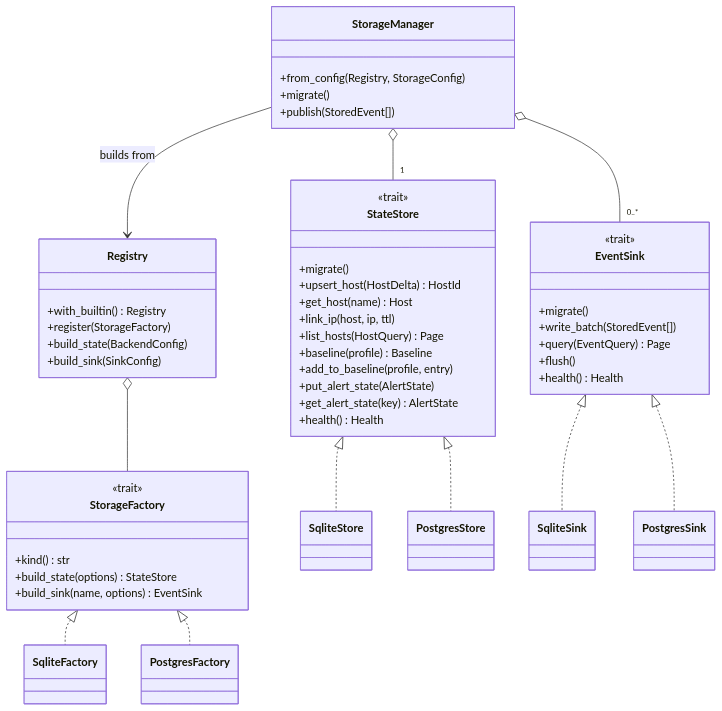
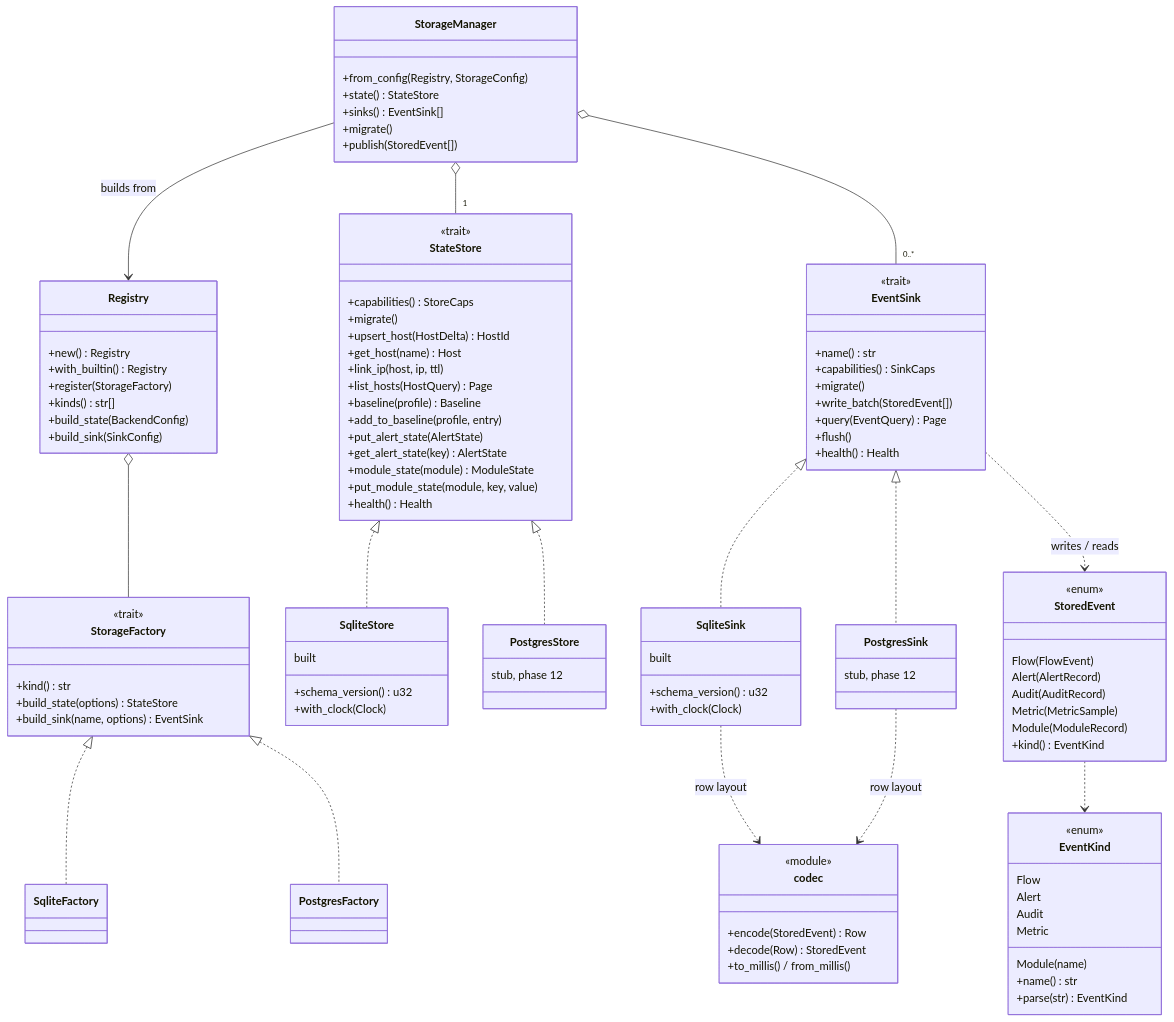
One commit to savex/scribe changed the fourth of 8 diagrams in workfiles/diagram.md. Above: the diagram before and after it, drawn with Mermaid. The commit also changed other lines of this file and 3 other files, not shown here.

First line of the commit message:
Update diagrams and test approach after phase 1

````diff
--- a/workfiles/diagram.md
+++ b/workfiles/diagram.md
@@ -124,6 +163,7 @@
     }
     class StateStore {
         <<trait>>
+        +capabilities() StoreCaps
         +migrate()
         +upsert_host(HostDelta) HostId
         +get_host(name) Host
@@ -133,26 +173,75 @@
         +add_to_baseline(profile, entry)
         +put_alert_state(AlertState)
         +get_alert_state(key) AlertState
+        +module_state(module) ModuleState
+        +put_module_state(module, key, value)
         +health() Health
     }
     class EventSink {
         <<trait>>
+        +name() str
+        +capabilities() SinkCaps
         +migrate()
         +write_batch(StoredEvent[])
         +query(EventQuery) Page
         +flush()
         +health() Health
     }
+    class StoredEvent {
+        <<enum>>
+        Flow(FlowEvent)
+        Alert(AlertRecord)
+        Audit(AuditRecord)
+        Metric(MetricSample)
+        Module(ModuleRecord)
+        +kind() EventKind
+    }
+    class EventKind {
+        <<enum>>
+        Flow
+        Alert
+        Audit
+        Metric
+        Module(name)
+        +name() str
+        +parse(str) EventKind
+    }
+    class codec {
+        <<module>>
+        +encode(StoredEvent) Row
+        +decode(Row) StoredEvent
+        +to_millis() / from_millis()
+    }
     class Registry {
+        +new() Registry
         +with_builtin() Registry
         +register(StorageFactory)
+        +kinds() str[]
         +build_state(BackendConfig)
         +build_sink(SinkConfig)
     }
     class StorageManager {
         +from_config(Registry, StorageConfig)
+        +state() StateStore
+        +sinks() EventSink[]
         +migrate()
         +publish(StoredEvent[])
+    }
+    class SqliteStore {
+        built
+        +schema_version() u32
+        +with_clock(Clock)
+    }
+    class SqliteSink {
+        built
+        +schema_version() u32
+        +with_clock(Clock)
+    }
+    class PostgresStore {
+        stub, phase 12
+    }
+    class PostgresSink {
+        stub, phase 12
     }
 
     StorageFactory <|.. SqliteFactory
@@ -165,4 +254,8 @@
     StorageManager --> Registry : builds from
     StorageManager o-- "1" StateStore
     StorageManager o-- "0..*" EventSink
+    EventSink ..> StoredEvent : writes / reads
+    StoredEvent ..> EventKind
+    SqliteSink ..> codec : row layout
+    PostgresSink ..> codec : row layout
 ```
````
